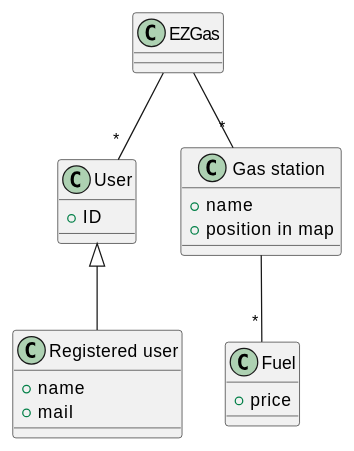
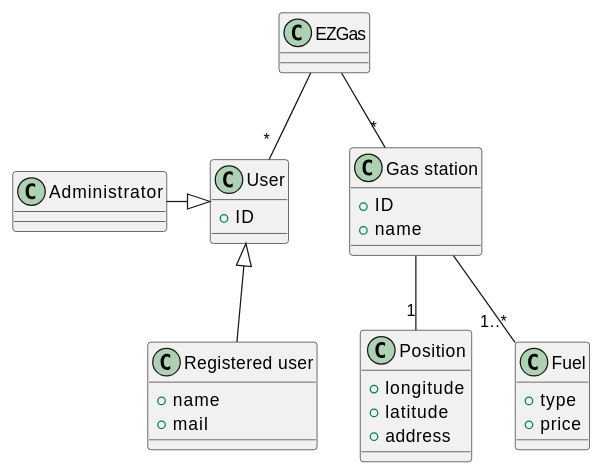
The third of 3 diagrams in REQ_s278929.md (SoftengPoliTo/Lab2), drawn with PlantUML before and after one commit. The commit also changed other lines of this file, not shown here.

Commit message:
minor changes to the glossary and stories

````diff
--- a/REQ_s278929.md
+++ b/REQ_s278929.md
@@ -207,22 +209,31 @@
 ```plantuml
 class EZGas
 class User {
     +ID
 }
 class "Registered user" {
     +name
     +mail
 }
+class Administrator
 class "Gas station" {
+    +ID
     +name
-    +position in map
+}
+class Position {
+    +longitude
+    +latitude
+    +address
 }
 class Fuel {
+    +type
     +price
 }
 
 EZGas -- "*" User
 EZGas -- "*" "Gas station"
 User <|-- "Registered user"
-"Gas station" -- "*" Fuel
+User <|-left- Administrator
+"Gas station" -- "1..*" Fuel
+"Gas station" -- "1" Position
 ```
````
